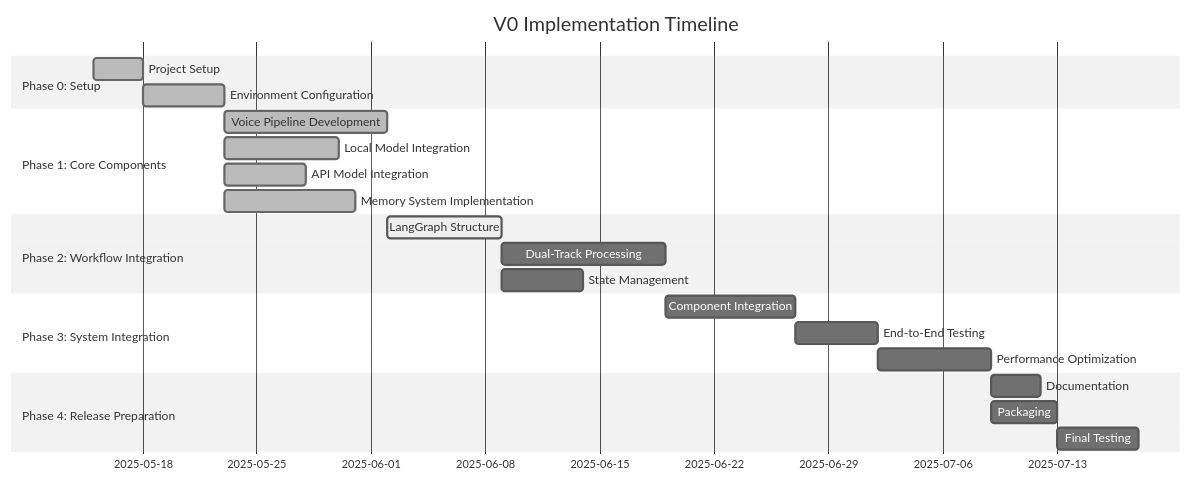
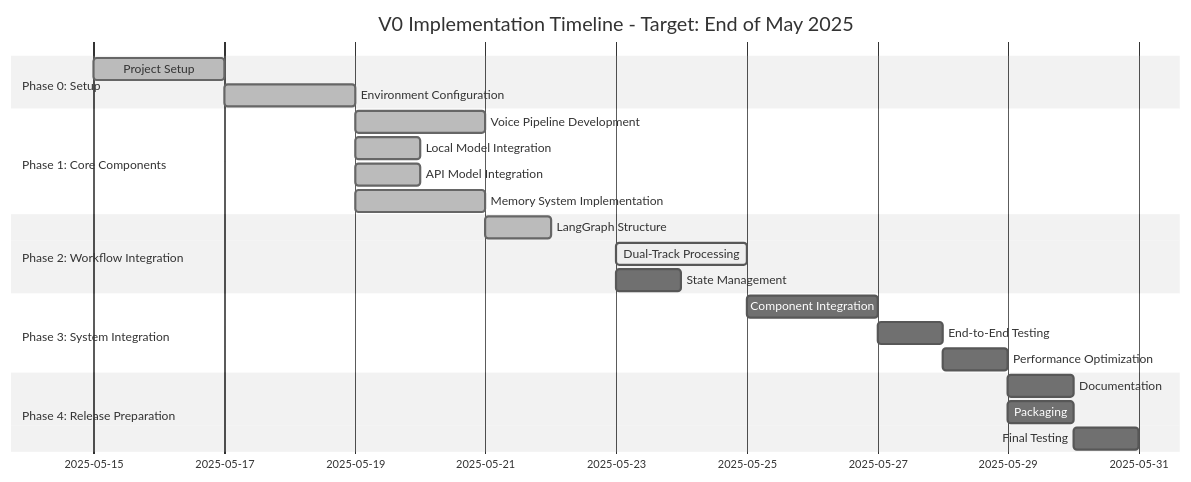
The first of 2 diagrams in Development/IMPLEMENTATION_PLAN.md (vigil-313/VANTA-ALPHA), drawn with Mermaid (neutral theme) before and after one commit. The commit also changed other lines of this file and 8 other files, not shown here.

First line of the commit message:
Implement complete LangGraph workflow orchestration and update timeline

````diff
--- a/Development/IMPLEMENTATION_PLAN.md
+++ b/Development/IMPLEMENTATION_PLAN.md
@@ -19,29 +22,29 @@
 ```mermaid
 gantt
-    title V0 Implementation Timeline
+    title V0 Implementation Timeline - Target: End of May 2025
     dateFormat  YYYY-MM-DD
     section Phase 0: Setup
-    Project Setup                  :done, p0_1, 2025-05-15, 3d
-    Environment Configuration      :done, p0_2, after p0_1, 5d
+    Project Setup                  :done, p0_1, 2025-05-15, 2025-05-17
+    Environment Configuration      :done, p0_2, 2025-05-17, 2025-05-19
     
     section Phase 1: Core Components
-    Voice Pipeline Development     :done, p1_1, after p0_2, 10d
-    Local Model Integration        :done, p1_2, after p0_2, 7d
-    API Model Integration          :done, p1_3, after p0_2, 5d
-    Memory System Implementation   :done, p1_4, after p0_2, 8d
+    Voice Pipeline Development     :done, p1_1, 2025-05-19, 2025-05-21
+    Local Model Integration        :done, p1_2, 2025-05-19, 2025-05-20
+    API Model Integration          :done, p1_3, 2025-05-19, 2025-05-20
+    Memory System Implementation   :done, p1_4, 2025-05-19, 2025-05-21
     
     section Phase 2: Workflow Integration
-    LangGraph Structure            :active, p2_1, after p1_1 p1_2 p1_3 p1_4, 7d
-    Dual-Track Processing          :p2_2, after p2_1, 10d
-    State Management               :p2_3, after p2_1, 5d
+    LangGraph Structure            :done, p2_1, 2025-05-21, 2025-05-22
+    Dual-Track Processing          :active, p2_2, 2025-05-23, 2025-05-25
+    State Management               :p2_3, 2025-05-23, 2025-05-24
     
     section Phase 3: System Integration
-    Component Integration          :p3_1, after p2_2 p2_3, 8d
-    End-to-End Testing            :p3_2, after p3_1, 5d
-    Performance Optimization      :p3_3, after p3_2, 7d
+    Component Integration          :p3_1, 2025-05-25, 2025-05-27
+    End-to-End Testing            :p3_2, 2025-05-27, 2025-05-28
+    Performance Optimization      :p3_3, 2025-05-28, 2025-05-29
     
     section Phase 4: Release Preparation
-    Documentation                 :p4_1, after p3_3, 3d
-    Packaging                     :p4_2, after p3_3, 4d
-    Final Testing                 :p4_3, after p4_1 p4_2, 5d
+    Documentation                 :p4_1, 2025-05-29, 2025-05-30
+    Packaging                     :p4_2, 2025-05-29, 2025-05-30
+    Final Testing                 :p4_3, 2025-05-30, 2025-05-31
 ```
````
